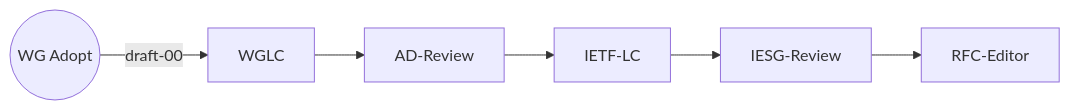
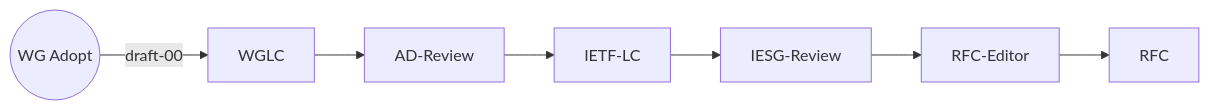
One commit to ietf-wg-httpapi/ietf-wg-httpapi.github.io changed the seventh of 8 diagrams in index.md. Above: the diagram before and after it, drawn with Mermaid.

Commit message:
Missing RFC step on Linktemplate

````diff
--- a/index.md
+++ b/index.md
@@ -86,8 +86,9 @@
 ```mermaid
 graph LR
     WG-Adopt((WG Adopt)) --draft-00--> WGLC
     WGLC --> AD-Review
     AD-Review --> IETF-LC
     IETF-LC --> IESG-Review
     IESG-Review --> RFC-Editor
+    RFC-Editor --> RFC    
 ```
````
